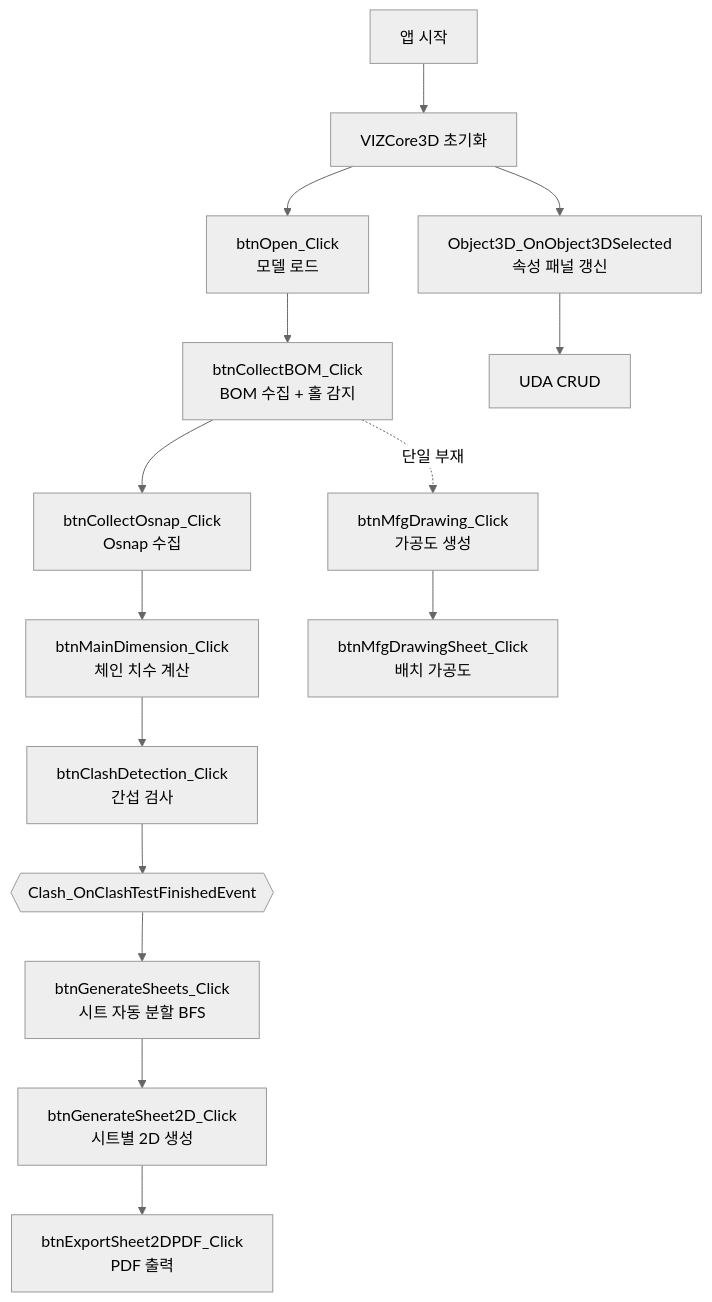
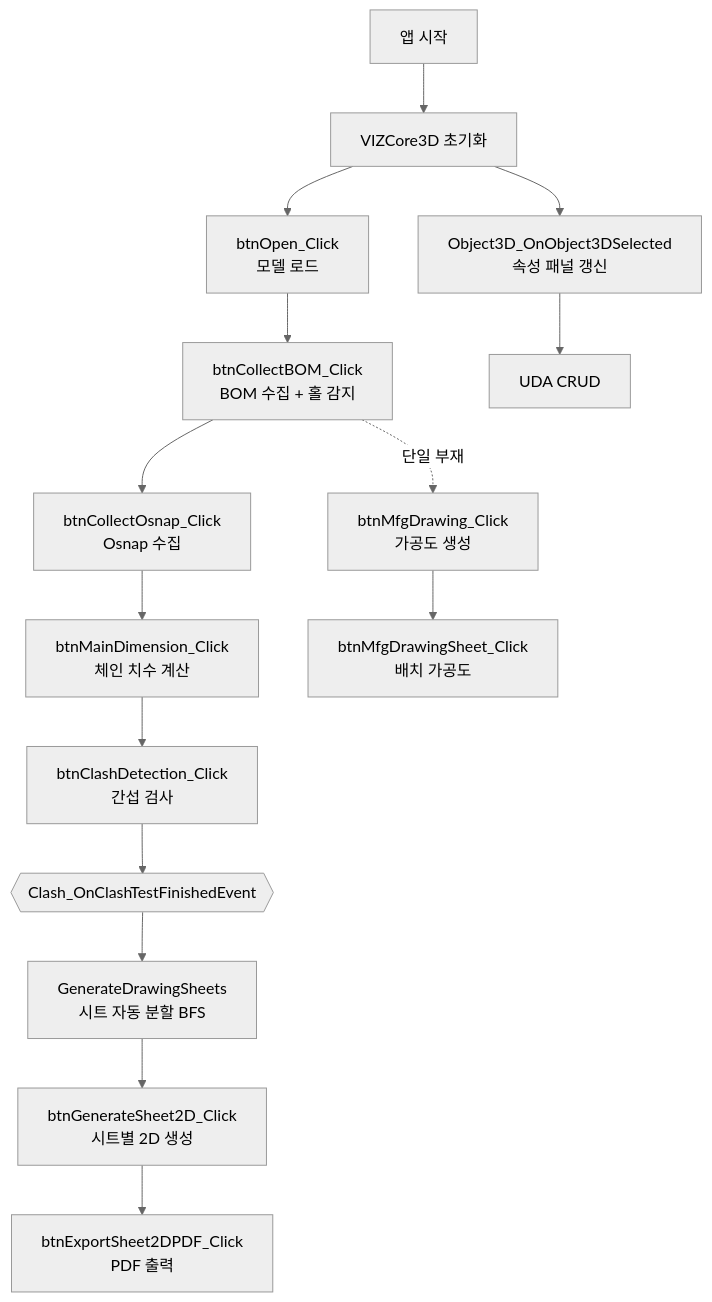
The diagram in docs/_pipeline.md (uuuuj/a2z), drawn with Mermaid (neutral theme) before and after one commit. The commit also changed other lines of this file and 14 other files, not shown here.

````diff
--- a/docs/_pipeline.md
+++ b/docs/_pipeline.md
@@ -9,19 +9,19 @@
 ```mermaid
 flowchart TD
     A[앱 시작] --> B[VIZCore3D 초기화]
     B --> C[btnOpen_Click<br/>모델 로드]
     C --> D[btnCollectBOM_Click<br/>BOM 수집 + 홀 감지]
     D --> E[btnCollectOsnap_Click<br/>Osnap 수집]
     E --> F[btnMainDimension_Click<br/>체인 치수 계산]
     F --> G[btnClashDetection_Click<br/>간섭 검사]
     G --> H{{Clash_OnClashTestFinishedEvent}}
-    H --> I[btnGenerateSheets_Click<br/>시트 자동 분할 BFS]
+    H --> I[GenerateDrawingSheets<br/>시트 자동 분할 BFS]
     I --> J[btnGenerateSheet2D_Click<br/>시트별 2D 생성]
     J --> K[btnExportSheet2DPDF_Click<br/>PDF 출력]
 
     D -.단일 부재.-> M[btnMfgDrawing_Click<br/>가공도 생성]
     M --> N[btnMfgDrawingSheet_Click<br/>배치 가공도]
 
     B --> O[Object3D_OnObject3DSelected<br/>속성 패널 갱신]
     O --> P[UDA CRUD]
 ```
````
